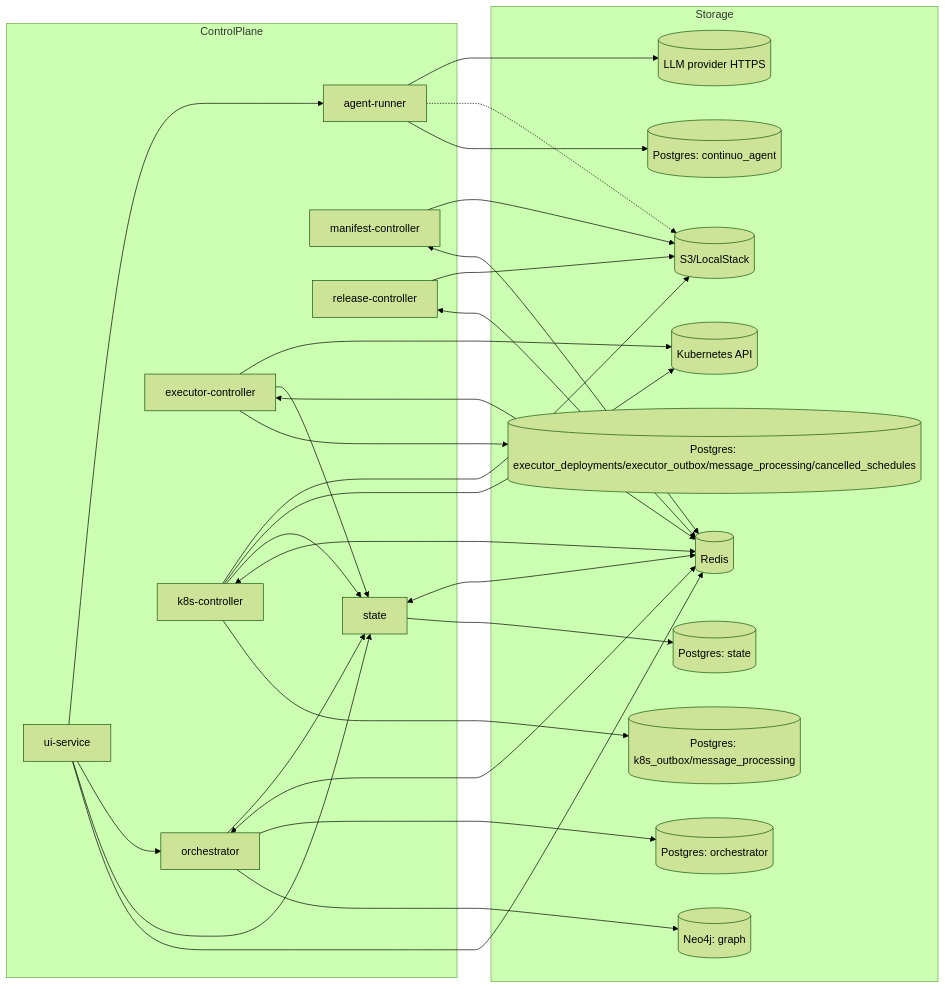
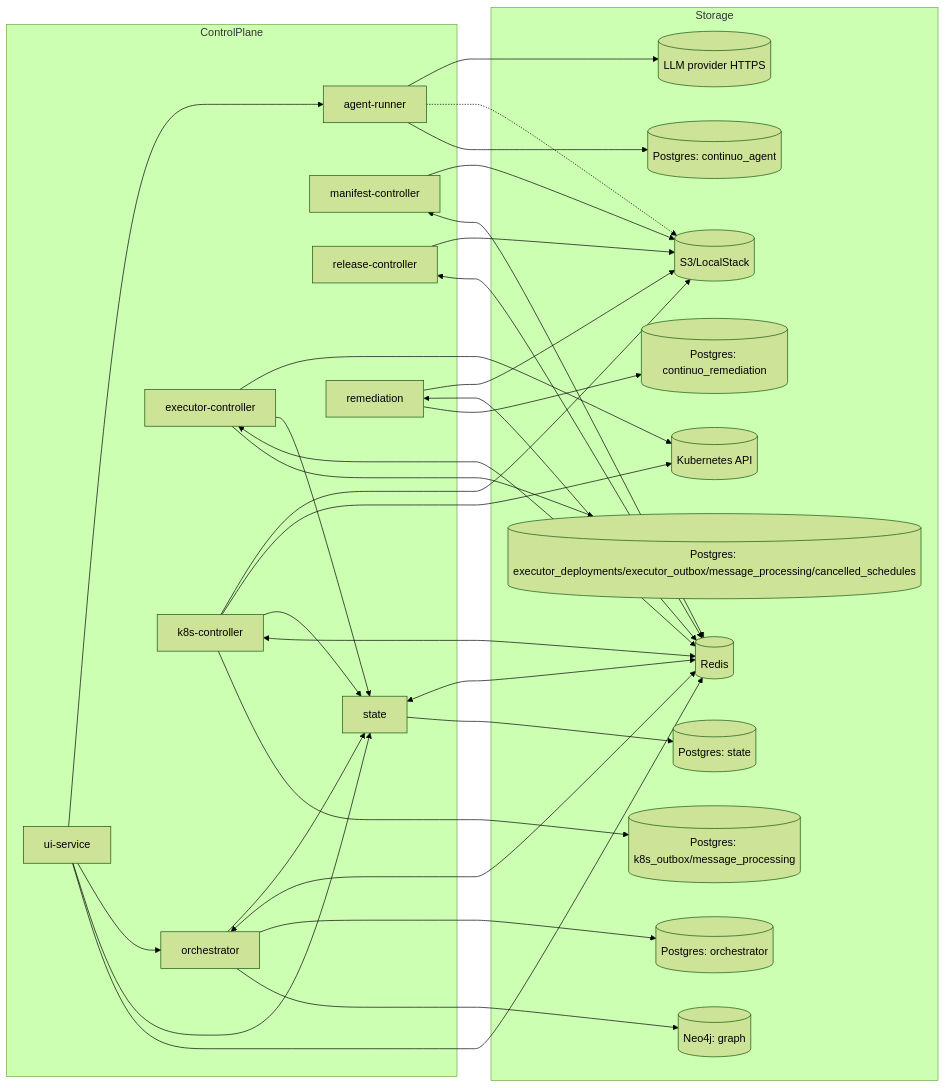
Before and after one commit to carolsimone/continuo: the first of 2 diagrams in docs/arch/01-topology.md, drawn with Mermaid (forest theme). The commit also changed other lines of this file and 75 other files, not shown here.

````diff
--- a/docs/arch/01-topology.md
+++ b/docs/arch/01-topology.md
@@ -5,56 +5,61 @@
 ```mermaid
 flowchart LR
   subgraph ControlPlane
     ST[state]
     OR[orchestrator]
     EC[executor-controller]
     KC[k8s-controller]
     MC[manifest-controller]
     RC[release-controller]
     UI[ui-service]
     AR[agent-runner]
+    REM[remediation]
   end
 
   subgraph Storage
     STDB[(Postgres: state)]
     ORPG[(Postgres: orchestrator)]
     GRDB[(Neo4j: graph)]
     ECPG[(Postgres: executor_deployments/executor_outbox/message_processing/cancelled_schedules)]
     KCPG[(Postgres: k8s_outbox/message_processing)]
     AGPG[(Postgres: continuo_agent)]
+    REMPG[(Postgres: continuo_remediation)]
     S3[(S3/LocalStack)]
     K8S[(Kubernetes API)]
     R[(Redis)]
     LLM[(LLM provider HTTPS)]
   end
 
   ST --> STDB
   OR --> GRDB
   OR --> ORPG
   EC --> ECPG
   KC --> KCPG
   AR --> AGPG
+  REM --> REMPG
 
   ST <--> R
   OR <--> R
   EC <--> R
   KC <--> R
   MC <--> R
   RC <--> R
   UI --> R
+  REM <--> R
 
   OR --> ST
   EC --> ST
   KC --> ST
   UI --> ST
   UI --> OR
   UI --> AR
 
   EC --> K8S
   KC --> K8S
   KC --> S3
   MC --> S3
   RC --> S3
   AR -.-> S3
   AR --> LLM
+  REM --> S3
 ```
````
